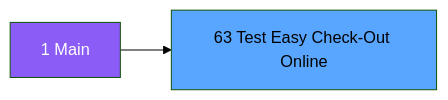
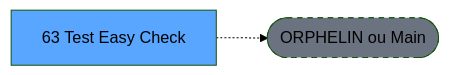
The second of 3 diagrams in .openspec/renders/ADH-IDE-63.md (thonyAGP/lecteur-magic), drawn with Mermaid (forest theme) before and after one commit. The commit also changed other lines of this file and 701 other files, not shown here.

````diff
--- a/.openspec/renders/ADH-IDE-63.md
+++ b/.openspec/renders/ADH-IDE-63.md
@@ -119,8 +124,8 @@
 ```mermaid
 graph LR
-    M[1 Main]
-    T[63 Test Easy Check-Out Online]
-    M --> T
-    style M fill:#8b5cf6,color:#fff
+    T[63 Test Easy Check]
+    ORPHAN([ORPHELIN ou Main])
+    T -.-> ORPHAN
     style T fill:#58a6ff,color:#000
+    style ORPHAN fill:#6b7280,stroke-dasharray: 5 5
 ```
````
